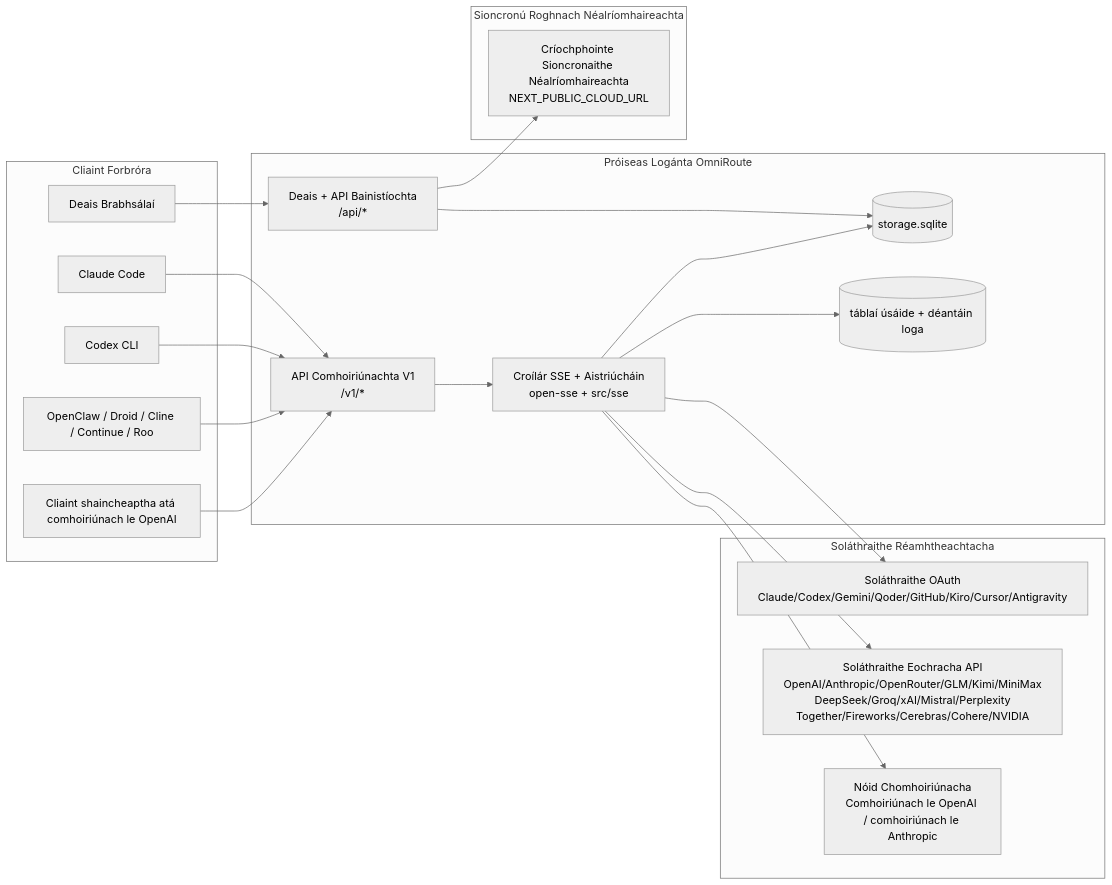
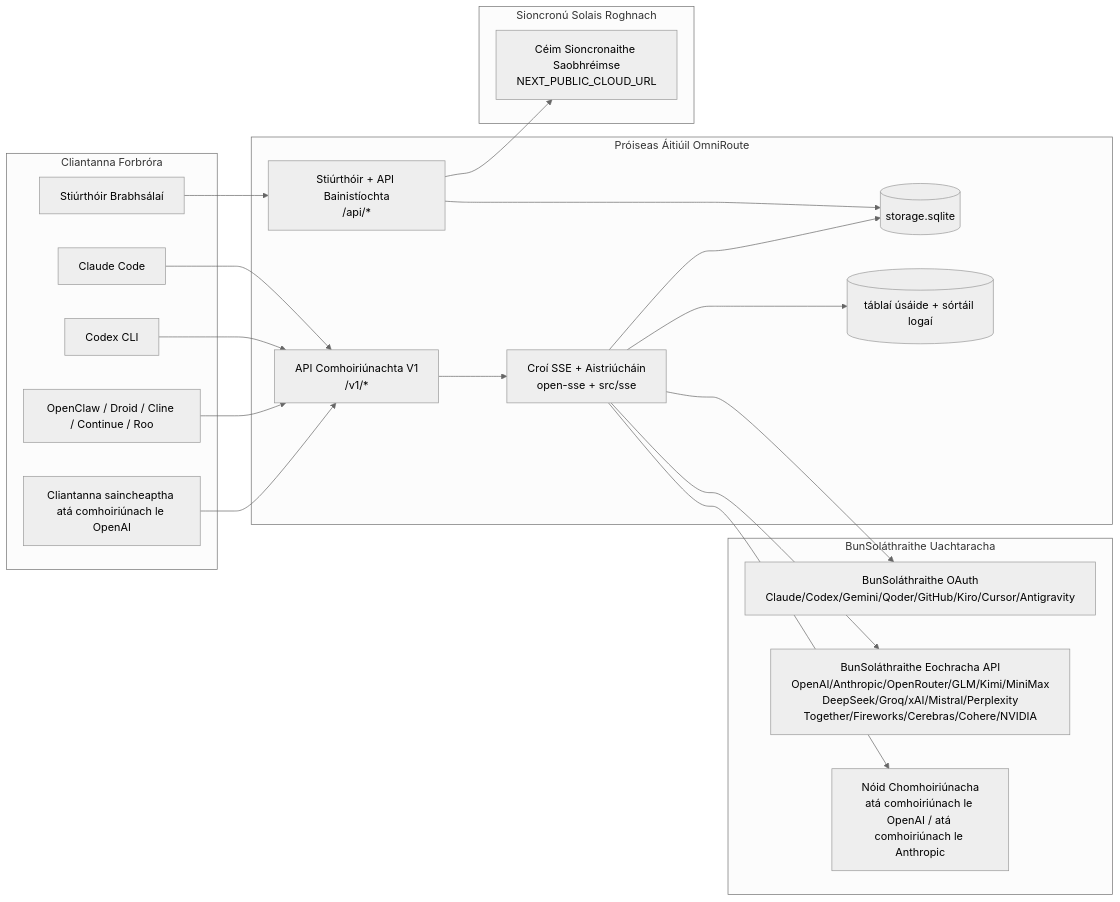
The first of 7 diagrams in docs/i18n/ga/docs/architecture/ARCHITECTURE.md (niyatna/NiyatnaRoute), drawn with Mermaid (neutral theme) before and after one commit. The commit also changed other lines of this file and 2447 other files, not shown here.

````diff
--- a/docs/i18n/ga/docs/architecture/ARCHITECTURE.md
+++ b/docs/i18n/ga/docs/architecture/ARCHITECTURE.md
@@ -157,45 +166,45 @@
 ```mermaid
 flowchart LR
-    subgraph Clients[Cliaint Forbróra]
+    subgraph Clients[Cliantanna Forbróra]
         C1[Claude Code]
         C2[Codex CLI]
         C3[OpenClaw / Droid / Cline / Continue / Roo]
-        C4[Cliaint shaincheaptha atá comhoiriúnach le OpenAI]
-        BROWSER[Deais Brabhsálaí]
+        C4[Cliantanna saincheaptha atá comhoiriúnach le OpenAI]
+        BROWSER[Stiúrthóir Brabhsálaí]
     end
 
-    subgraph Router[Próiseas Logánta OmniRoute]
+    subgraph Router[Próiseas Áitiúil OmniRoute]
         API[API Comhoiriúnachta V1\n/v1/*]
-        DASH[Deais + API Bainistíochta\n/api/*]
-        CORE[Croílár SSE + Aistriúcháin\nopen-sse + src/sse]
+        DASH[Stiúrthóir + API Bainistíochta\n/api/*]
+        CORE[Croí SSE + Aistriúcháin\nopen-sse + src/sse]
         DB[(storage.sqlite)]
-        UDB[(táblaí úsáide + déantáin loga)]
+        UDB[(táblaí úsáide + sórtáil logaí)]
     end
 
-    subgraph Upstreams[Soláthraithe Réamhtheachtacha]
-        P1[Soláthraithe OAuth\nClaude/Codex/Gemini/Qoder/GitHub/Kiro/Cursor/Antigravity]
-        P2[Soláthraithe Eochracha API\nOpenAI/Anthropic/OpenRouter/GLM/Kimi/MiniMax\nDeepSeek/Groq/xAI/Mistral/Perplexity\nTogether/Fireworks/Cerebras/Cohere/NVIDIA]
-        P3[Nóid Chomhoiriúnacha\nComhoiriúnach le OpenAI / comhoiriúnach le Anthropic]
+    subgraph Upstreams[BunSoláthraithe Uachtaracha]
+        P1[BunSoláthraithe OAuth\nClaude/Codex/Gemini/Qoder/GitHub/Kiro/Cursor/Antigravity]
+        P2[BunSoláthraithe Eochracha API\nOpenAI/Anthropic/OpenRouter/GLM/Kimi/MiniMax\nDeepSeek/Groq/xAI/Mistral/Perplexity\nTogether/Fireworks/Cerebras/Cohere/NVIDIA]
+        P3[Nóid Chomhoiriúnacha\natá comhoiriúnach le OpenAI / atá comhoiriúnach le Anthropic]
     end
 
-    subgraph Cloud[Sioncronú Roghnach Néalríomhaireachta]
-        CLOUD[Críochphointe Sioncronaithe Néalríomhaireachta\nNEXT_PUBLIC_CLOUD_URL]
+    subgraph Cloud[Sioncronú Solais Roghnach]
+        CLOUD[Céim Sioncronaithe Saobhréimse\nNEXT_PUBLIC_CLOUD_URL]
     end
 
     C1 --> API
     C2 --> API
     C3 --> API
     C4 --> API
     BROWSER --> DASH
 
     API --> CORE
     DASH --> DB
     CORE --> DB
     CORE --> UDB
 
     CORE --> P1
     CORE --> P2
     CORE --> P3
 
     DASH --> CLOUD
 ```
````
